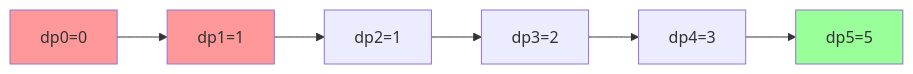
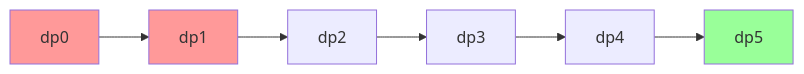
One commit to proxyroot/proxyroot.github.io changed the first of 4 diagrams in _posts/2024-03-08-dp-table.markdown. Above: the diagram before and after it, drawn with Mermaid.

Commit message:
comments

````diff
--- a/_posts/2024-03-08-dp-table.markdown
+++ b/_posts/2024-03-08-dp-table.markdown
@@ -23,12 +23,12 @@
 ```mermaid
 graph LR
-    A[dp0=0] --> B[dp1=1]
-    B --> C[dp2=1]
-    C --> D[dp3=2]
-    D --> E[dp4=3]
-    E --> F[dp5=5]
+    A[dp0] --> B[dp1]
+    B --> C[dp2]
+    C --> D[dp3]
+    D --> E[dp4]
+    E --> F[dp5]
     
     style A fill:#ff9999
     style B fill:#ff9999
     style F fill:#99ff99
 ```
````
